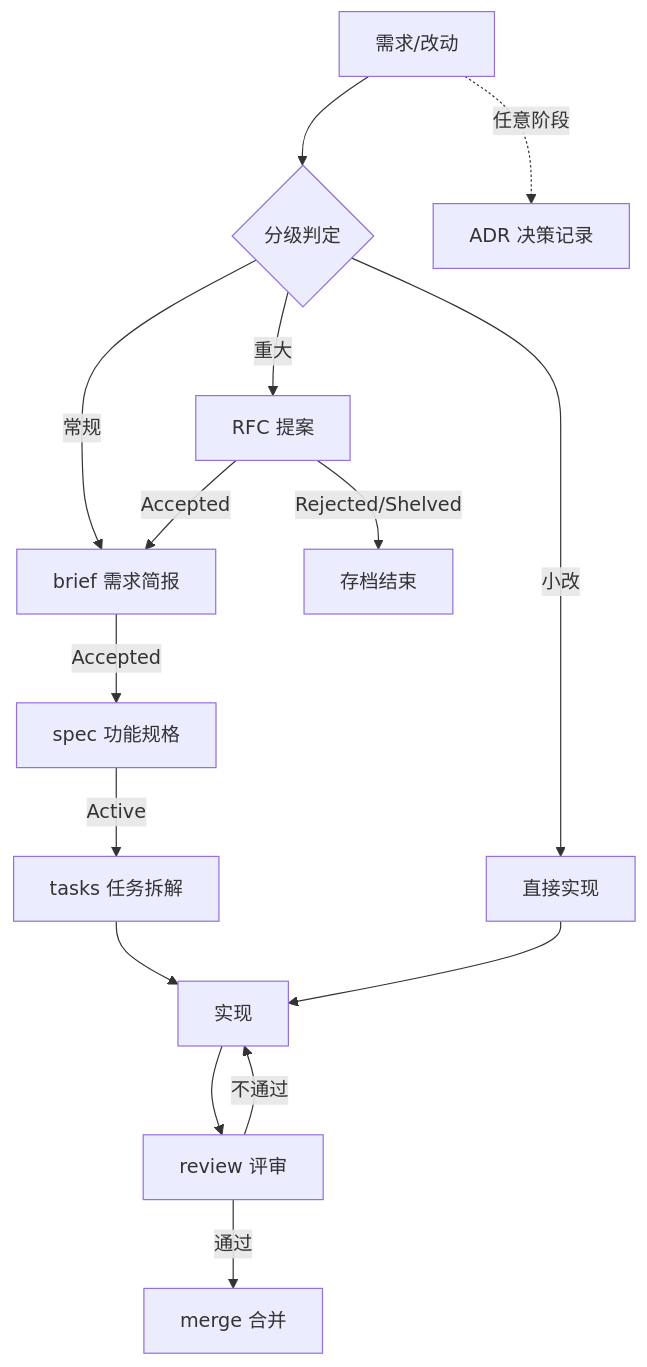
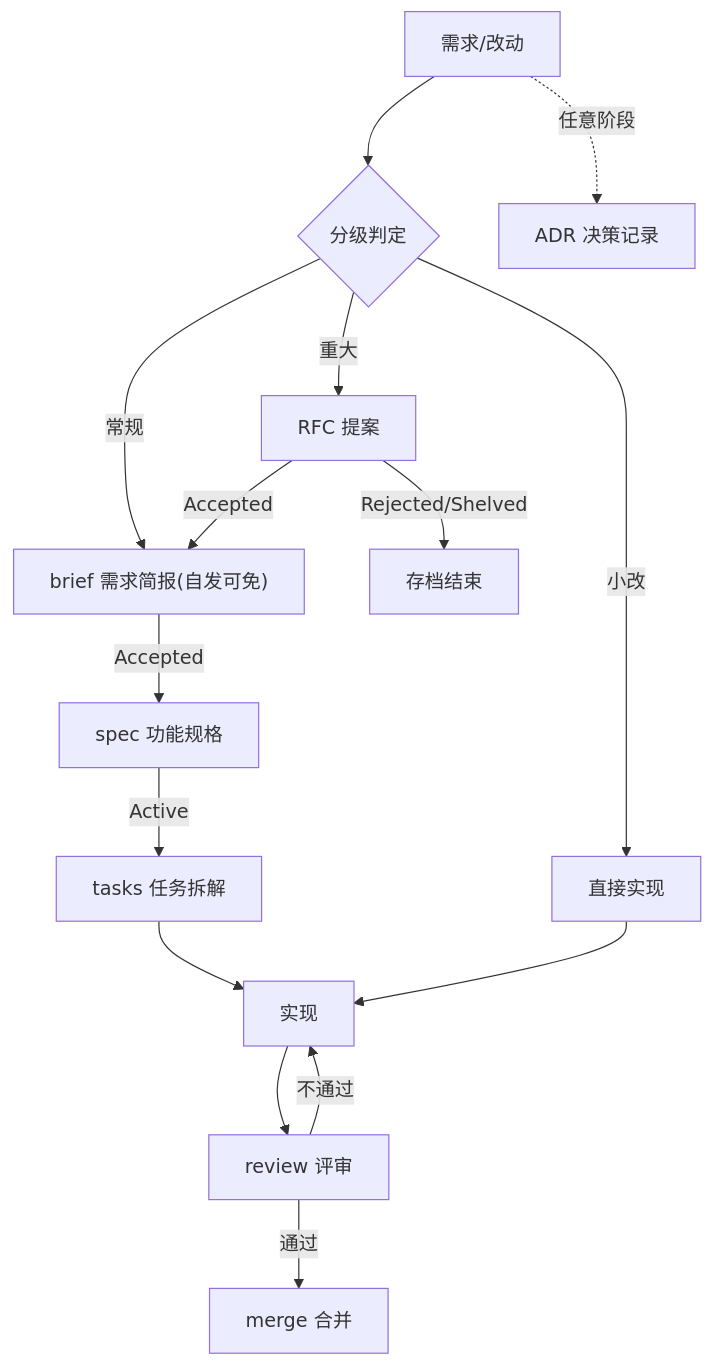
The diagram in docs/conventions/workflow.md (AngelBeatsY/ai-dev-template), drawn with Mermaid before and after one commit. The commit also changed other lines of this file and 13 other files, not shown here.

````diff
--- a/docs/conventions/workflow.md
+++ b/docs/conventions/workflow.md
@@ -18,17 +18,17 @@
 ```mermaid
 flowchart TD
     A[需求/改动] --> B{分级判定}
     B -->|小改| C[直接实现]
-    B -->|常规| D[brief 需求简报]
+    B -->|常规| D["brief 需求简报(自发可免)"]
     B -->|重大| E[RFC 提案]
     E -->|Accepted| D
     E -->|Rejected/Shelved| X[存档结束]
     D -->|Accepted| F[spec 功能规格]
     F -->|Active| G[tasks 任务拆解]
     G --> H[实现]
     C --> H
     H --> I[review 评审]
     I -->|通过| J[merge 合并]
     I -->|不通过| H
     A -.任意阶段.-> K[ADR 决策记录]
 ```
````
